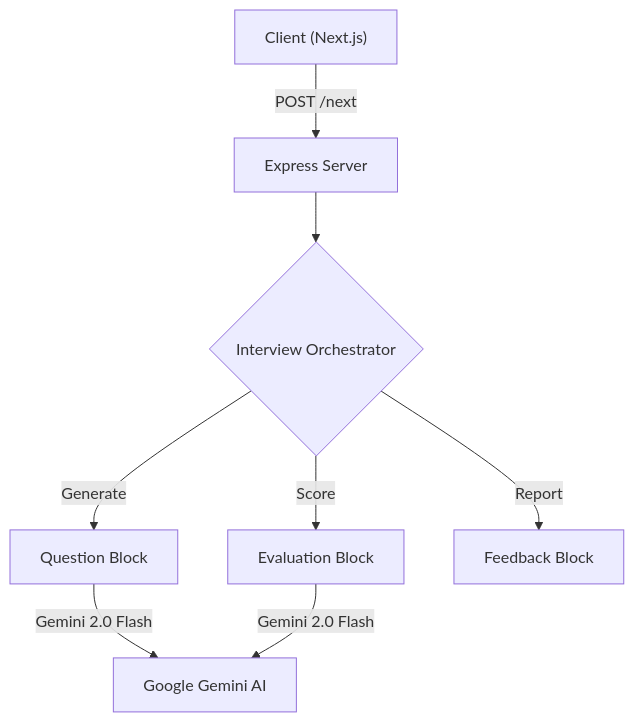
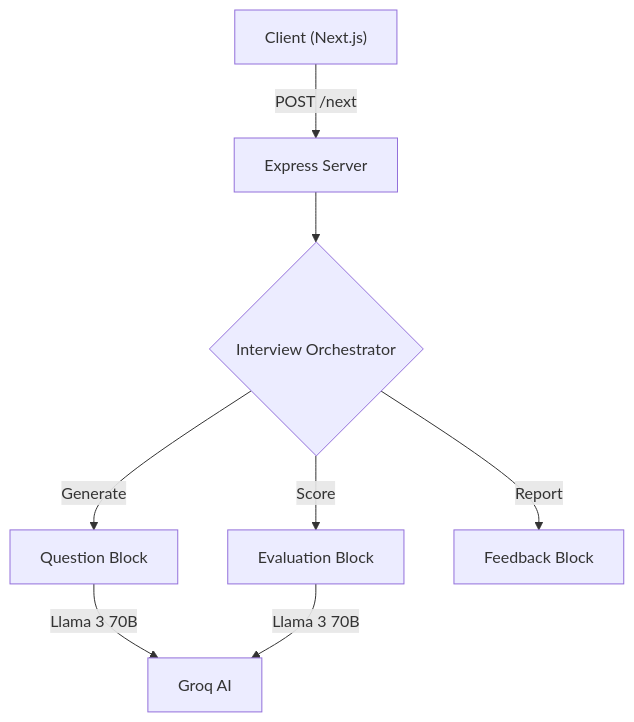
The diagram in README.md (Guneshbari/mock-mentor), drawn with Mermaid before and after one commit. The commit also changed other lines of this file and 8 other files, not shown here.

````diff
--- a/README.md
+++ b/README.md
@@ -59,10 +59,10 @@
 ```mermaid
 graph TD
     A["Client (Next.js)"] -->|"POST /next"| B["Express Server"]
     B --> C{"Interview Orchestrator"}
     C -->|Generate| D["Question Block"]
     C -->|Score| E["Evaluation Block"]
     C -->|Report| F["Feedback Block"]
-    D -->|"Gemini 2.0 Flash"| G["Google Gemini AI"]
-    E -->|"Gemini 2.0 Flash"| G
+    D -->|"Llama 3 70B"| G["Groq AI"]
+    E -->|"Llama 3 70B"| G
 ```
````
